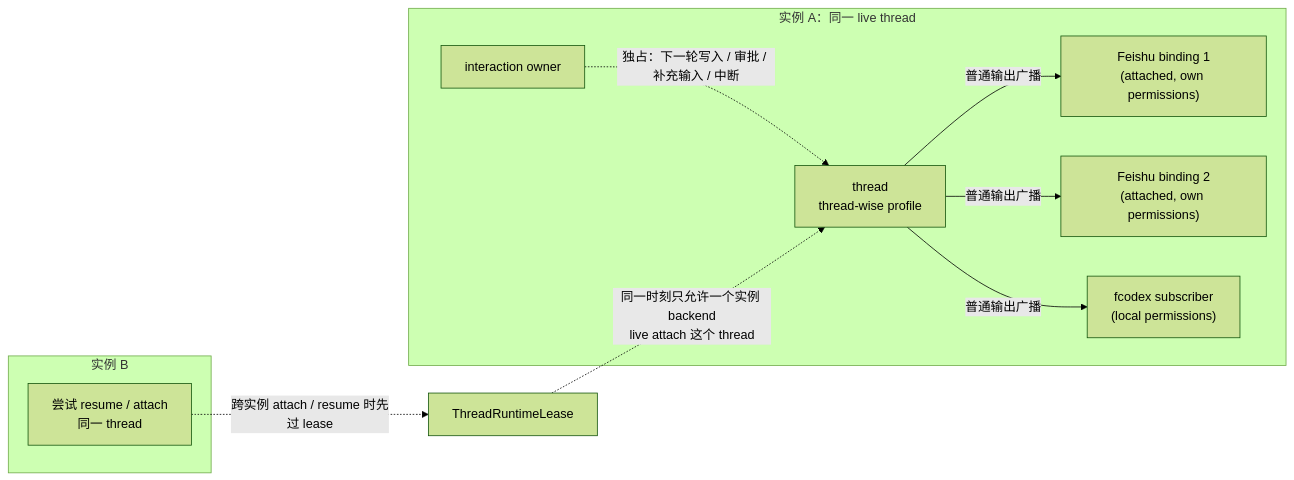
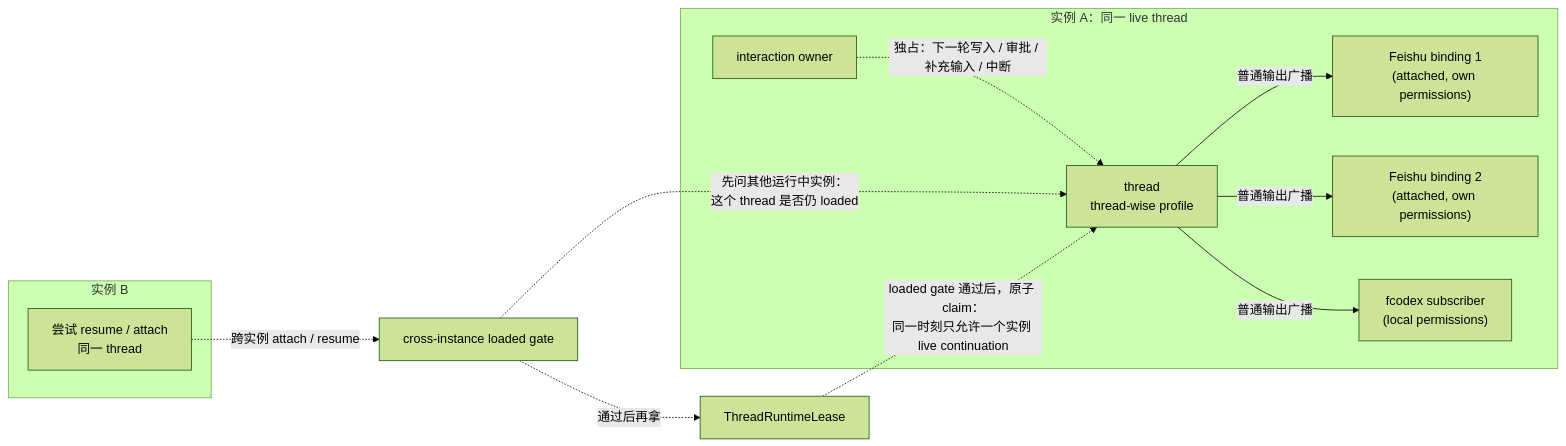
The second of 2 diagrams in README.md (ZichaoLong/focus), drawn with Mermaid (forest theme) before and after one commit. The commit also changed other lines of this file and 12 other files, not shown here.

Commit message:
Enforce cross-instance loaded admission

````diff
--- a/README.md
+++ b/README.md
@@ -268,25 +268,28 @@
 ```mermaid
 flowchart LR
   subgraph A["实例 A：同一 live thread"]
     F1["Feishu binding 1<br/>(attached, own permissions)"]
     F2["Feishu binding 2<br/>(attached, own permissions)"]
     TUI["fcodex subscriber<br/>(local permissions)"]
     Thread["thread<br/>thread-wise profile"]
     Owner["interaction owner"]
   end
 
   subgraph B["实例 B"]
     Other["尝试 resume / attach<br/>同一 thread"]
   end
 
+  Gate["cross-instance loaded gate"]
   Lease["ThreadRuntimeLease"]
 
   Thread -->|"普通输出广播"| F1
   Thread -->|"普通输出广播"| F2
   Thread -->|"普通输出广播"| TUI
 
   Owner -. "独占：下一轮写入 / 审批 / 补充输入 / 中断" .-> Thread
 
-  Lease -. "同一时刻只允许一个实例 backend<br/>live attach 这个 thread" .-> Thread
-  Other -. "跨实例 attach / resume 时先过 lease" .-> Lease
+  Gate -. "先问其他运行中实例：<br/>这个 thread 是否仍 loaded" .-> Thread
+  Lease -. "loaded gate 通过后，原子 claim：<br/>同一时刻只允许一个实例 live continuation" .-> Thread
+  Other -. "跨实例 attach / resume" .-> Gate
+  Gate -. "通过后再拿" .-> Lease
 ```
````
